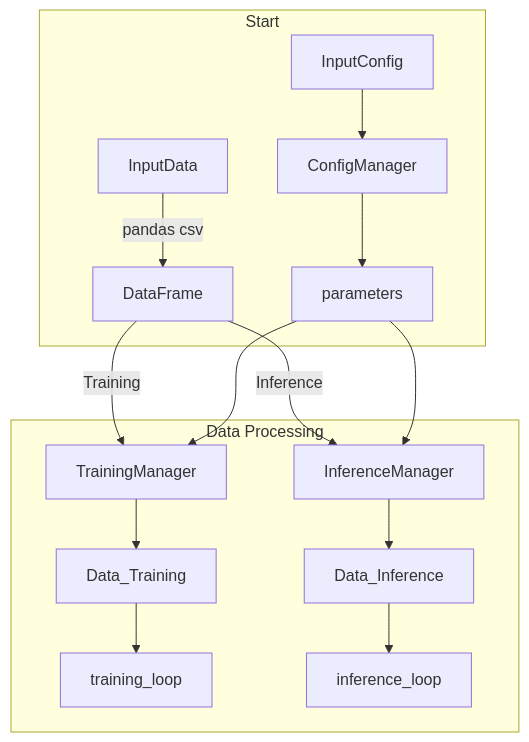
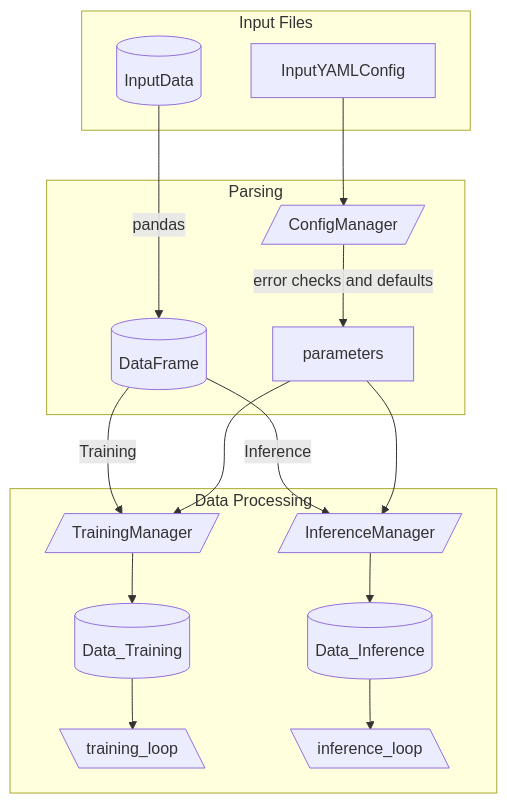
Before and after one commit to szmazurek/GaNDLF: the first of 5 diagrams in docs/flowchart.md, drawn with Mermaid.

Commit message:
added special figs

````diff
--- a/docs/flowchart.md
+++ b/docs/flowchart.md
@@ -4,14 +4,19 @@
 ```mermaid
 flowchart TD
-    subgraph Input [Start]
-        InputData -->|pandas csv| DataFrame
-        InputConfig --> ConfigManager --> parameters
+    subgraph Input Files
+        InputData[(InputData)] 
+        InputYAMLConfig 
+    end
+
+    subgraph Parsing
+        InputData[(InputData)] -->|pandas| df[(DataFrame)]
+        InputYAMLConfig --> ConfigManager[/ConfigManager/] -->|error checks and defaults| parameters
     end
 
     subgraph Data Processing
-        DataFrame --> |Training| TrainingManager --> Data_Training --> training_loop
-        DataFrame --> |Inference| InferenceManager --> Data_Inference --> inference_loop
+        df --> |Training| TrainingManager[/TrainingManager/] --> Data_Training[(Data_Training)] --> training_loop[\training_loop\]
+        df --> |Inference| InferenceManager[/InferenceManager/] --> Data_Inference[(Data_Inference)] --> inference_loop[\inference_loop\]
         parameters --> TrainingManager
         parameters --> InferenceManager
     end
 ```
````
